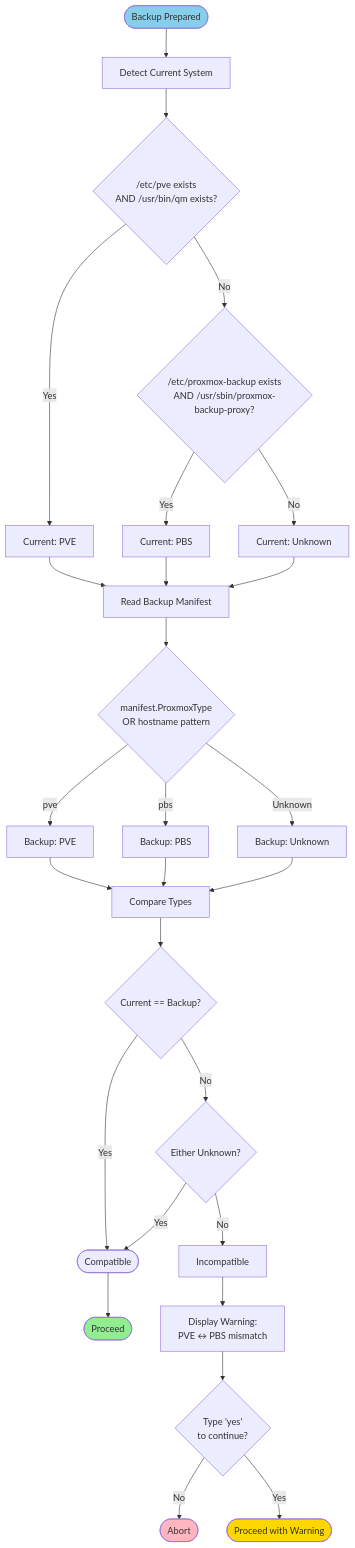
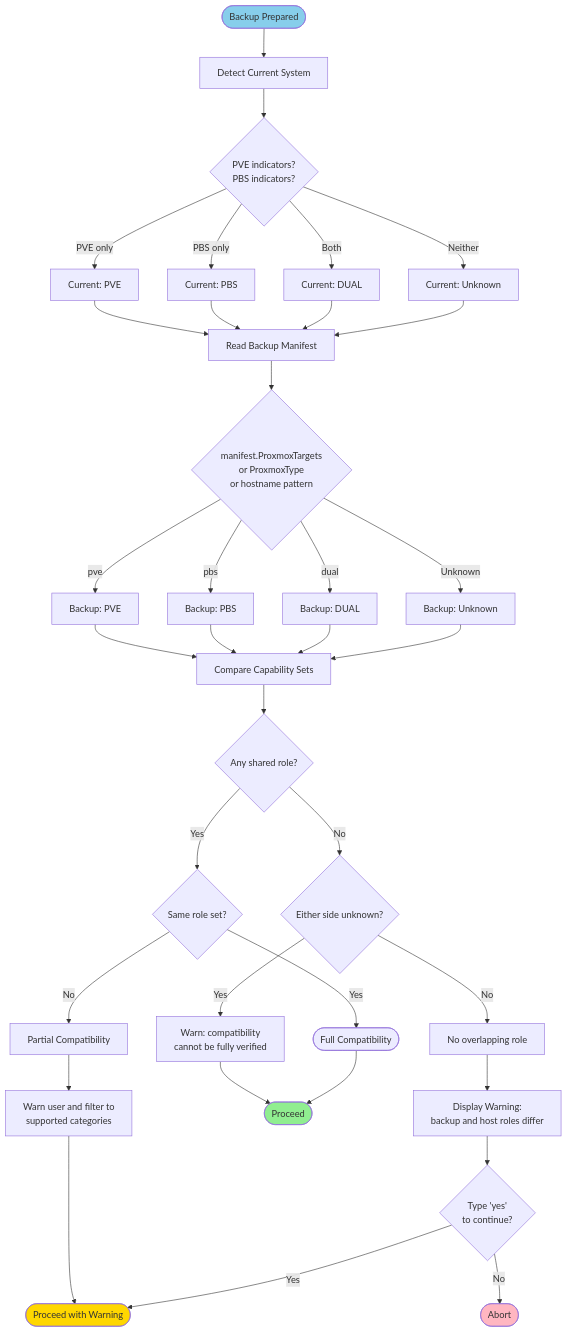
Before and after one commit to tis24dev/proxsave: diagram 12 of 12 in docs/RESTORE_DIAGRAMS.md, drawn with Mermaid. The commit also changed other lines of this file and 148 other files, not shown here.

````diff
--- a/docs/RESTORE_DIAGRAMS.md
+++ b/docs/RESTORE_DIAGRAMS.md
@@ -629,44 +637,51 @@
 ```mermaid
 flowchart TD
     Start([Backup Prepared]) --> DetectCurrent[Detect Current System]
-    DetectCurrent --> CheckPVE{"/etc/pve exists<br/>AND /usr/bin/qm exists?"}
+    DetectCurrent --> CheckSystem{PVE indicators?<br/>PBS indicators?}
 
-    CheckPVE -->|Yes| CurrentPVE[Current: PVE]
-    CheckPVE -->|No| CheckPBS{"/etc/proxmox-backup exists<br/>AND /usr/sbin/proxmox-backup-proxy?"}
-
-    CheckPBS -->|Yes| CurrentPBS[Current: PBS]
-    CheckPBS -->|No| CurrentUnknown[Current: Unknown]
+    CheckSystem -->|PVE only| CurrentPVE[Current: PVE]
+    CheckSystem -->|PBS only| CurrentPBS[Current: PBS]
+    CheckSystem -->|Both| CurrentDual[Current: DUAL]
+    CheckSystem -->|Neither| CurrentUnknown[Current: Unknown]
 
     CurrentPVE --> ReadManifest
     CurrentPBS --> ReadManifest
+    CurrentDual --> ReadManifest
     CurrentUnknown --> ReadManifest[Read Backup Manifest]
 
-    ReadManifest --> CheckBackupType{manifest.ProxmoxType<br/>OR hostname pattern}
+    ReadManifest --> CheckBackupType{manifest.ProxmoxTargets<br/>or ProxmoxType<br/>or hostname pattern}
     CheckBackupType -->|pve| BackupPVE[Backup: PVE]
     CheckBackupType -->|pbs| BackupPBS[Backup: PBS]
+    CheckBackupType -->|dual| BackupDual[Backup: DUAL]
     CheckBackupType -->|Unknown| BackupUnknown[Backup: Unknown]
 
     BackupPVE --> Compare
     BackupPBS --> Compare
-    BackupUnknown --> Compare[Compare Types]
+    BackupDual --> Compare
+    BackupUnknown --> Compare[Compare Capability Sets]
 
-    Compare --> Match{Current == Backup?}
-    Match -->|Yes| Compatible([Compatible])
-    Match -->|No| CheckUnknown{Either Unknown?}
+    Compare --> SharedRole{Any shared role?}
+    SharedRole -->|Yes| ExactMatch{Same role set?}
+    ExactMatch -->|Yes| Compatible([Full Compatibility])
+    ExactMatch -->|No| Partial[Partial Compatibility]
+    Partial --> Filter["Warn user and filter to<br/>supported categories"]
+    Filter --> ProceedAnyway([Proceed with Warning])
 
-    CheckUnknown -->|Yes| Compatible
-    CheckUnknown -->|No| Incompatible[Incompatible]
+    SharedRole -->|No| CheckUnknown{Either side unknown?}
+    CheckUnknown -->|Yes| WarnUnknown["Warn: compatibility<br/>cannot be fully verified"]
+    WarnUnknown --> Proceed([Proceed])
+    CheckUnknown -->|No| Incompatible["No overlapping role"]
 
-    Incompatible --> DisplayWarning["Display Warning:<br/>PVE ↔ PBS mismatch"]
+    Incompatible --> DisplayWarning["Display Warning:<br/>backup and host roles differ"]
     DisplayWarning --> AskOverride{Type 'yes'<br/>to continue?}
 
     AskOverride -->|No| Abort([Abort])
-    AskOverride -->|Yes| ProceedAnyway([Proceed with Warning])
+    AskOverride -->|Yes| ProceedAnyway
 
-    Compatible --> Proceed([Proceed])
+    Compatible --> Proceed
 
     style Start fill:#87CEEB
     style Proceed fill:#90EE90
     style ProceedAnyway fill:#FFD700
     style Abort fill:#FFB6C1
 ```
````
